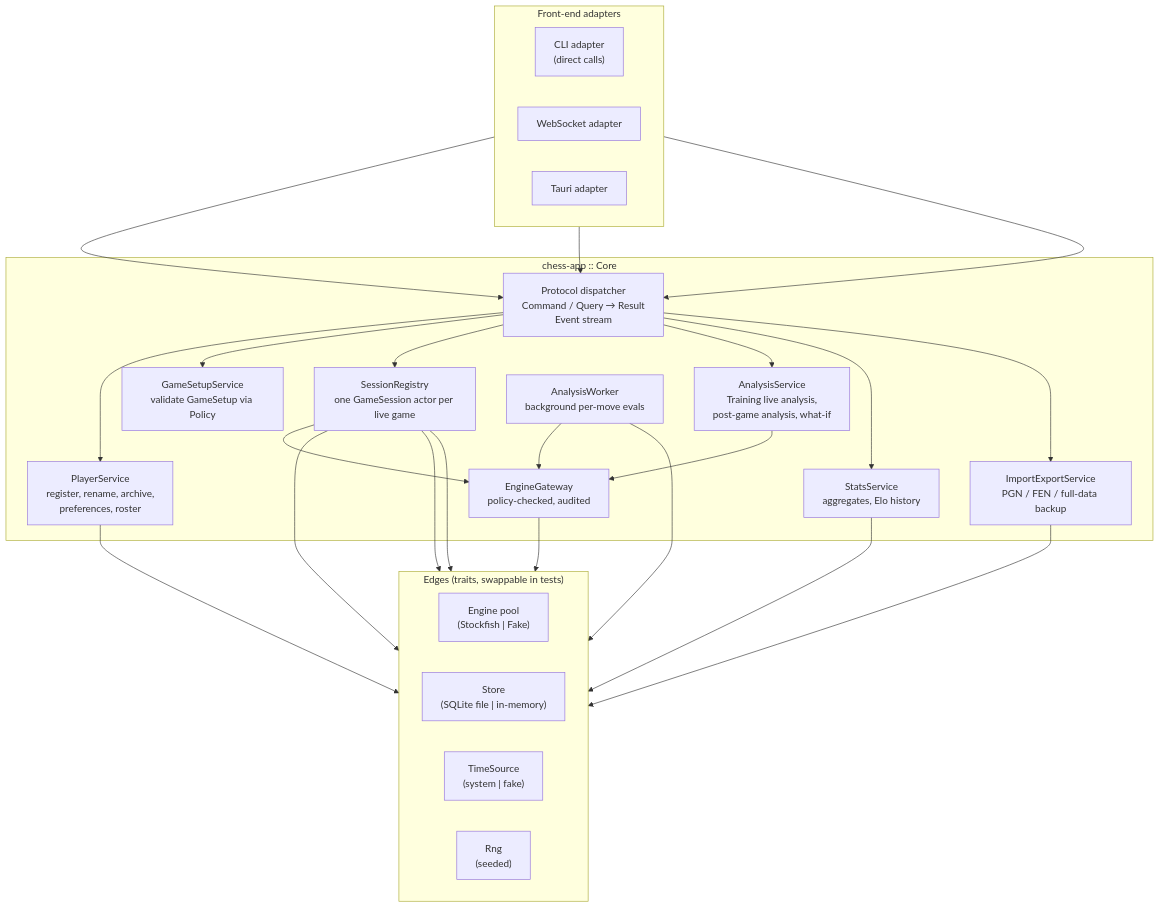
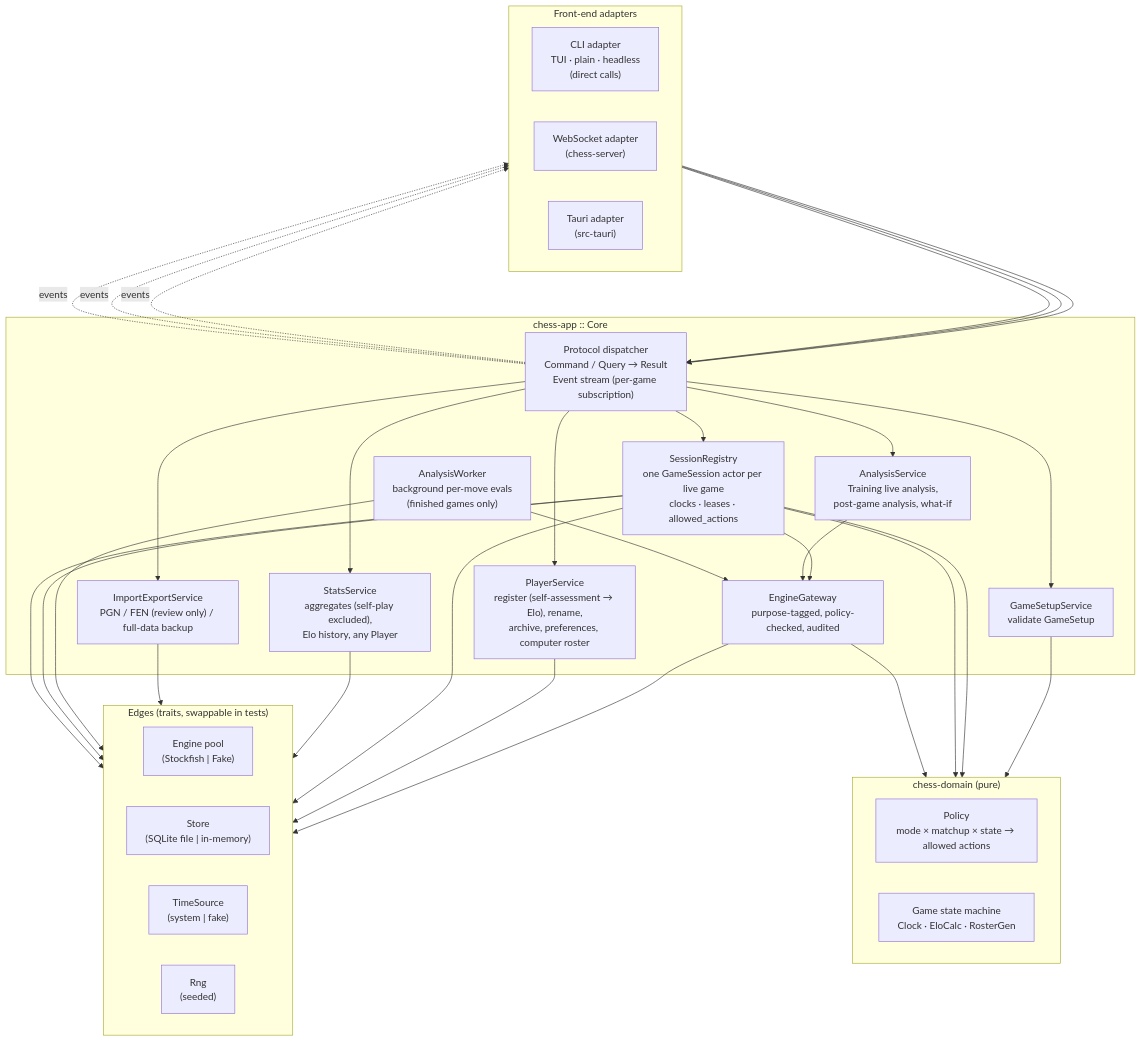
One commit to bprascher/chess changed the third of 12 diagrams in docs/architecture.md. Above: the diagram before and after it, drawn with Mermaid. The commit also changed other lines of this file and 3 other files, not shown here.

First line of the commit message:
Baseline requirements and architecture v1.0

````diff
--- a/docs/architecture.md
+++ b/docs/architecture.md
@@ -176,50 +252,63 @@
 ```mermaid
 flowchart TB
     subgraph fe["Front-end adapters"]
         direction LR
-        cliA["CLI adapter<br/>(direct calls)"]
-        wsA["WebSocket adapter"]
-        tauriA["Tauri adapter"]
+        cliA["CLI adapter<br/>TUI · plain · headless<br/>(direct calls)"]
+        wsA["WebSocket adapter<br/>(chess-server)"]
+        tauriA["Tauri adapter<br/>(src-tauri)"]
     end
 
     subgraph core["chess-app :: Core"]
-        api["Protocol dispatcher<br/>Command / Query → Result<br/>Event stream"]
-        players["PlayerService<br/>register, rename, archive,<br/>preferences, roster"]
-        setup["GameSetupService<br/>validate GameSetup via Policy"]
-        sessions["SessionRegistry<br/>one GameSession actor per live game"]
+        api["Protocol dispatcher<br/>Command / Query → Result<br/>Event stream (per-game subscription)"]
+        players["PlayerService<br/>register (self-assessment → Elo), rename,<br/>archive, preferences, computer roster"]
+        setup["GameSetupService<br/>validate GameSetup"]
+        sessions["SessionRegistry<br/>one GameSession actor per live game<br/>clocks · leases · allowed_actions"]
         analysis["AnalysisService<br/>Training live analysis,<br/>post-game analysis, what-if"]
-        stats["StatsService<br/>aggregates, Elo history"]
-        io["ImportExportService<br/>PGN / FEN / full-data backup"]
-        gateway["EngineGateway<br/>policy-checked, audited"]
-        worker["AnalysisWorker<br/>background per-move evals"]
+        stats["StatsService<br/>aggregates (self-play excluded),<br/>Elo history, any Player"]
+        io["ImportExportService<br/>PGN / FEN (review only) / full-data backup"]
+        gateway["EngineGateway<br/>purpose-tagged, policy-checked, audited"]
+        worker["AnalysisWorker<br/>background per-move evals<br/>(finished games only)"]
+    end
+
+    subgraph pure["chess-domain (pure)"]
+        direction LR
+        policy["Policy<br/>mode × matchup × state → allowed actions"]
+        game["Game state machine<br/>Clock · EloCalc · RosterGen"]
     end
 
     subgraph edges["Edges (traits, swappable in tests)"]
         direction LR
         eng["Engine pool<br/>(Stockfish | Fake)"]
         st["Store<br/>(SQLite file | in-memory)"]
         clk["TimeSource<br/>(system | fake)"]
         rng["Rng<br/>(seeded)"]
     end
 
     cliA --> api
     wsA --> api
     tauriA --> api
+    api -. "events" .-> cliA
+    api -. "events" .-> wsA
+    api -. "events" .-> tauriA
     api --> players
     api --> setup
     api --> sessions
     api --> analysis
     api --> stats
     api --> io
+    setup --> policy
+    sessions --> policy
+    sessions --> game
+    gateway --> policy
     sessions --> gateway
     analysis --> gateway
     worker --> gateway
     gateway --> eng
     players --> st
     sessions --> st
     stats --> st
     io --> st
     worker --> st
     sessions --> clk
     sessions --> rng
 ```
````
